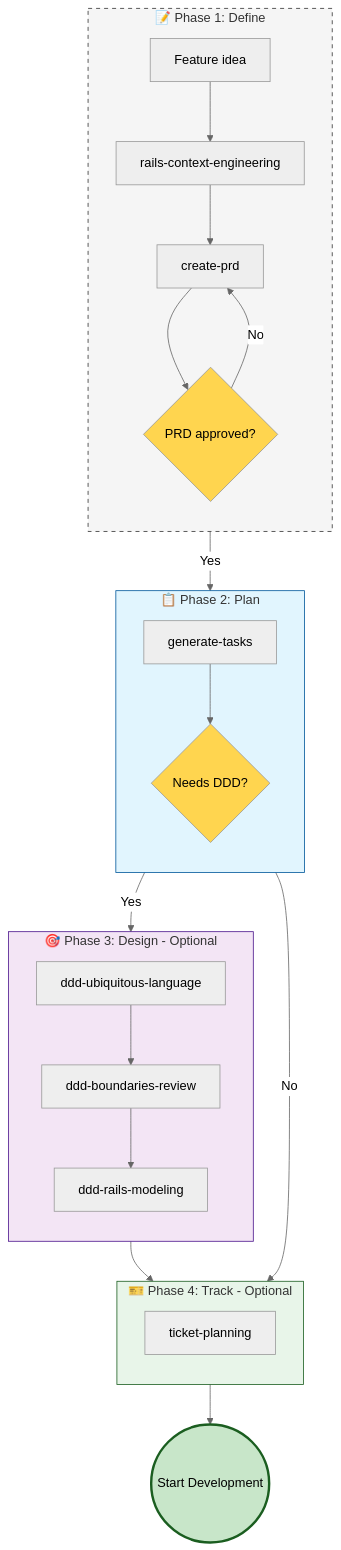
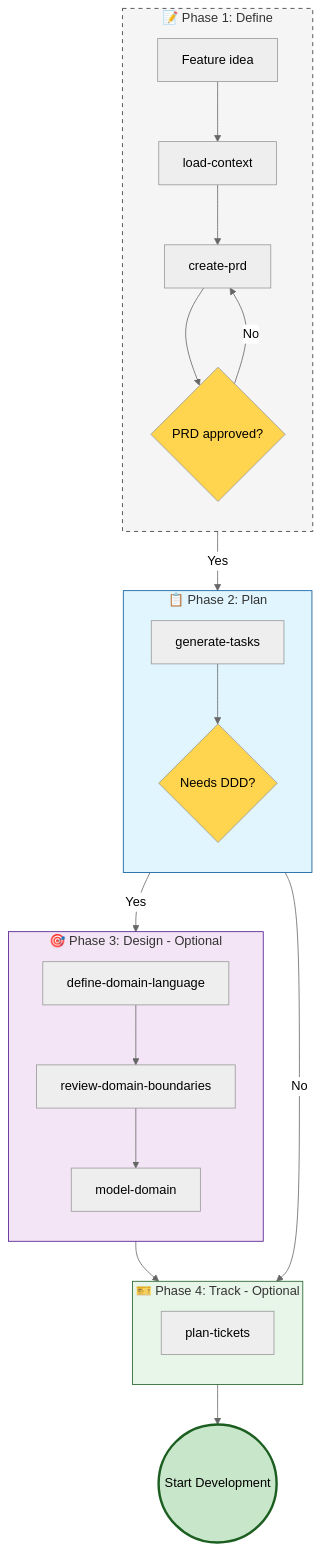
The diagram in docs/workflows/planning.md (igmarin/my-RoR-personal-skills), drawn with Mermaid (neutral theme) before and after one commit. The commit also changed other lines of this file and 295 other files, not shown here.

First line of the commit message:
Refactor names flows (#57)

````diff
--- a/docs/workflows/planning.md
+++ b/docs/workflows/planning.md
@@ -9,40 +9,40 @@
 ```mermaid
 graph TB
     subgraph Define [📝 Phase 1: Define]
         direction TB
-        A[Feature idea] --> B[rails-context-engineering]
+        A[Feature idea] --> B[load-context]
         B --> C[create-prd]
         C --> D{PRD approved?}
         D -- No --> C
     end
 
     subgraph Plan [📋 Phase 2: Plan]
         direction TB
         D -- Yes --> E[generate-tasks]
         E --> F{Needs DDD?}
     end
 
     subgraph Design [🎯 Phase 3: Design - Optional]
         direction TB
-        F -- Yes --> G[ddd-ubiquitous-language]
-        G --> H[ddd-boundaries-review]
-        H --> I[ddd-rails-modeling]
+        F -- Yes --> G[define-domain-language]
+        G --> H[review-domain-boundaries]
+        H --> I[model-domain]
     end
 
     subgraph Track [🎫 Phase 4: Track - Optional]
         direction TB
-        F -- No --> J[ticket-planning]
+        F -- No --> J[plan-tickets]
         I --> J
     end
 
     J --> K((Start Development))
 
     %% Styling
     style Define fill:#f5f5f5,stroke:#333,stroke-dasharray: 5 5
     style Plan fill:#e1f5fe,stroke:#01579b
     style Design fill:#f3e5f5,stroke:#4a148c
     style Track fill:#e8f5e9,stroke:#1b5e20
     style D fill:#ffd54f
     style F fill:#ffd54f
     style K fill:#c8e6c9,stroke:#1b5e20,stroke-width:3px
 ```
````
